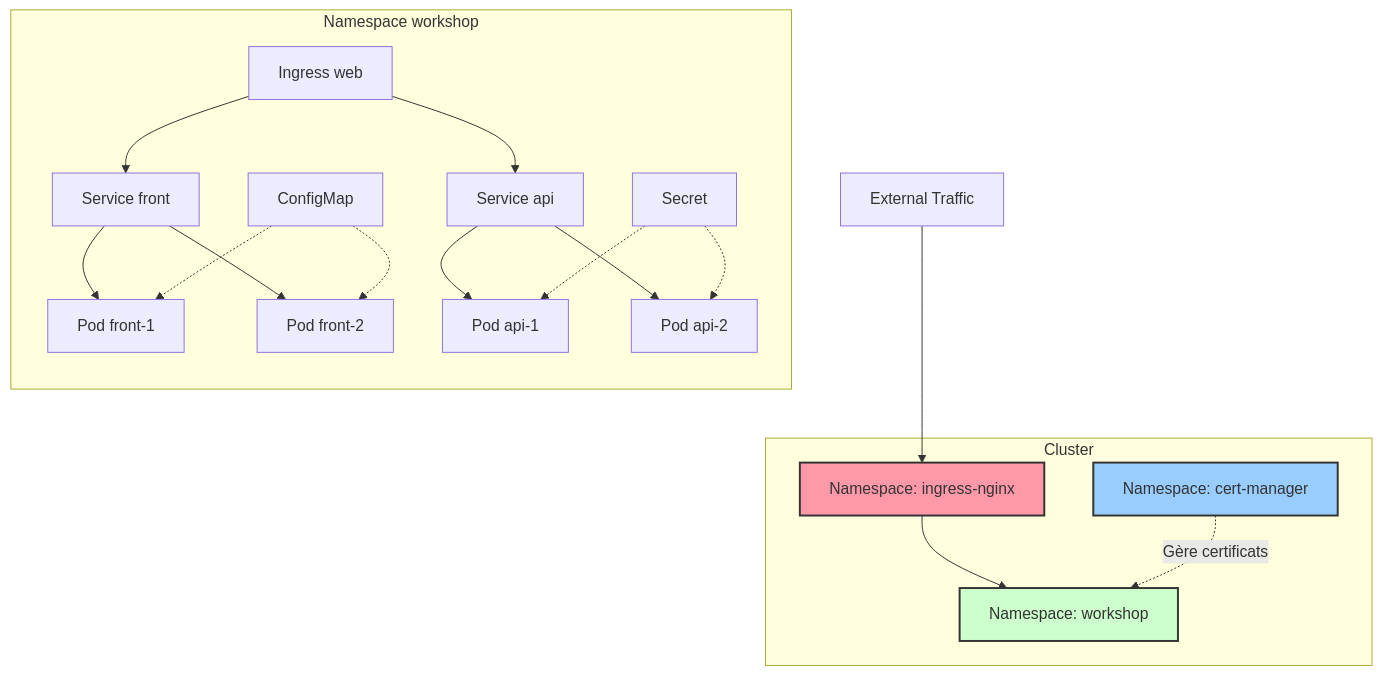
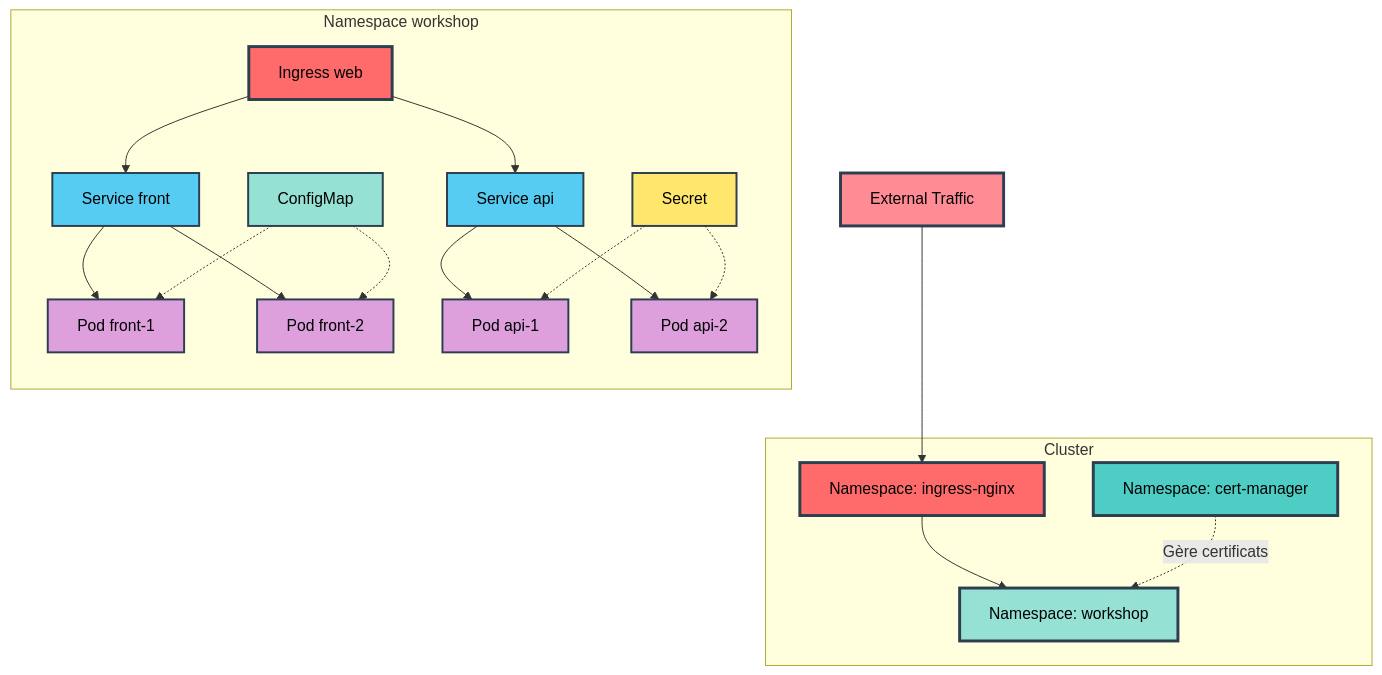
One commit to MPFabio/S4-Ingress-TLS-Config-Secrets changed the ninth of 9 diagrams in docs/ARCHITECTURE.md. Above: the diagram before and after it, drawn with Mermaid. The commit also changed other lines of this file, not shown here.

Commit message:
Modernisation des diagrammes - Palette de couleurs vibrantes

````diff
--- a/docs/ARCHITECTURE.md
+++ b/docs/ARCHITECTURE.md
@@ -327,40 +353,50 @@
 ```mermaid
 flowchart TB
     subgraph Namespace workshop
         direction TB
         Ingress[Ingress web]
         SvcF[Service front]
         SvcA[Service api]
         PF1[Pod front-1]
         PF2[Pod front-2]
         PA1[Pod api-1]
         PA2[Pod api-2]
         CM[ConfigMap]
         S[Secret]
         
         Ingress --> SvcF
         Ingress --> SvcA
         SvcF --> PF1
         SvcF --> PF2
         SvcA --> PA1
         SvcA --> PA2
         CM -.-> PF1
         CM -.-> PF2
         S -.-> PA1
         S -.-> PA2
     end
     
     subgraph Cluster
         NS1[Namespace: workshop]
         NS2[Namespace: ingress-nginx]
         NS3[Namespace: cert-manager]
     end
     
     External[External Traffic] --> NS2
     NS2 --> NS1
     NS3 -.Gère certificats.-> NS1
     
-    style NS1 fill:#cfc,stroke:#333,stroke-width:2px
-    style NS2 fill:#f9a,stroke:#333,stroke-width:2px
-    style NS3 fill:#9cf,stroke:#333,stroke-width:2px
+    style NS1 fill:#95E1D3,stroke:#2C3E50,stroke-width:3px,color:#000
+    style NS2 fill:#FF6B6B,stroke:#2C3E50,stroke-width:3px,color:#000
+    style NS3 fill:#4ECDC4,stroke:#2C3E50,stroke-width:3px,color:#000
+    style Ingress fill:#FF6B6B,stroke:#2C3E50,stroke-width:3px,color:#000
+    style SvcF fill:#56CCF2,stroke:#2C3E50,stroke-width:2px,color:#000
+    style SvcA fill:#56CCF2,stroke:#2C3E50,stroke-width:2px,color:#000
+    style PF1 fill:#DDA0DD,stroke:#2C3E50,stroke-width:2px,color:#000
+    style PF2 fill:#DDA0DD,stroke:#2C3E50,stroke-width:2px,color:#000
+    style PA1 fill:#DDA0DD,stroke:#2C3E50,stroke-width:2px,color:#000
+    style PA2 fill:#DDA0DD,stroke:#2C3E50,stroke-width:2px,color:#000
+    style CM fill:#95E1D3,stroke:#2C3E50,stroke-width:2px,color:#000
+    style S fill:#FFE66D,stroke:#2C3E50,stroke-width:2px,color:#000
+    style External fill:#FF8B94,stroke:#2C3E50,stroke-width:3px,color:#000
 ```
````
